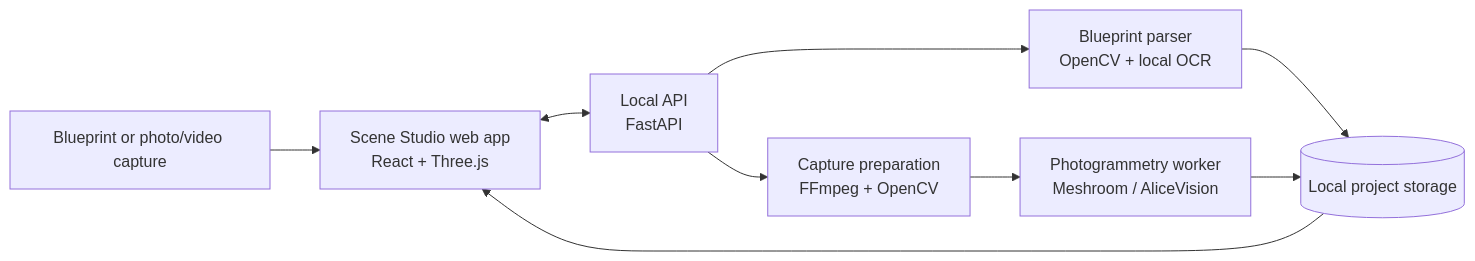
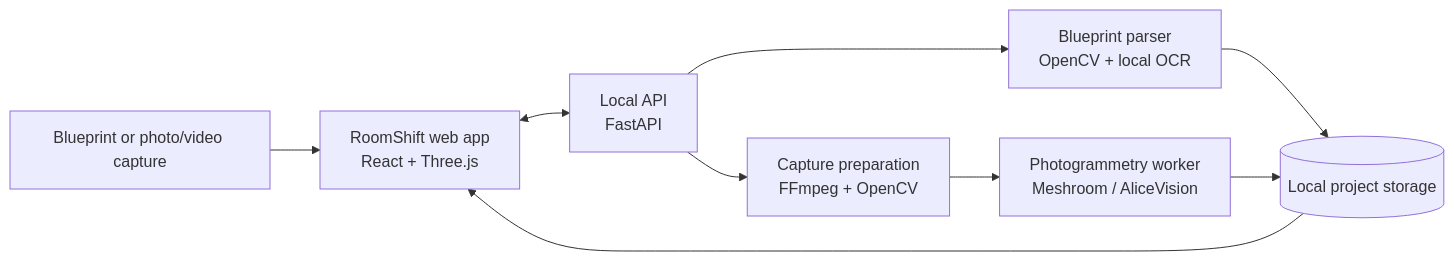
The diagram in README.md (praneettigga/WandameJackson), drawn with Mermaid before and after one commit. The commit also changed other lines of this file and 8 other files, not shown here.

Commit message:
Restore RoomShift project branding

````diff
--- a/README.md
+++ b/README.md
@@ -9,11 +9,11 @@
 ```mermaid
 flowchart LR
-  Input[Blueprint or photo/video capture] --> Web[Scene Studio web app\nReact + Three.js]
+  Input[Blueprint or photo/video capture] --> Web[RoomShift web app\nReact + Three.js]
   Web <--> API[Local API\nFastAPI]
   API --> Blueprint[Blueprint parser\nOpenCV + local OCR]
   API --> Capture[Capture preparation\nFFmpeg + OpenCV]
   Capture --> Mesh[Photogrammetry worker\nMeshroom / AliceVision]
   Blueprint --> Storage[(Local project storage)]
   Mesh --> Storage
   Storage --> Web
 ```
````
